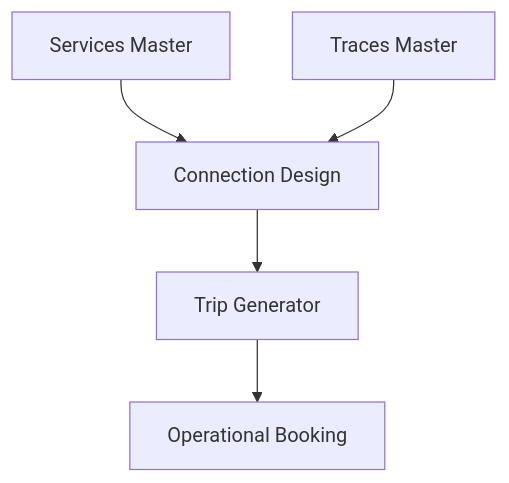
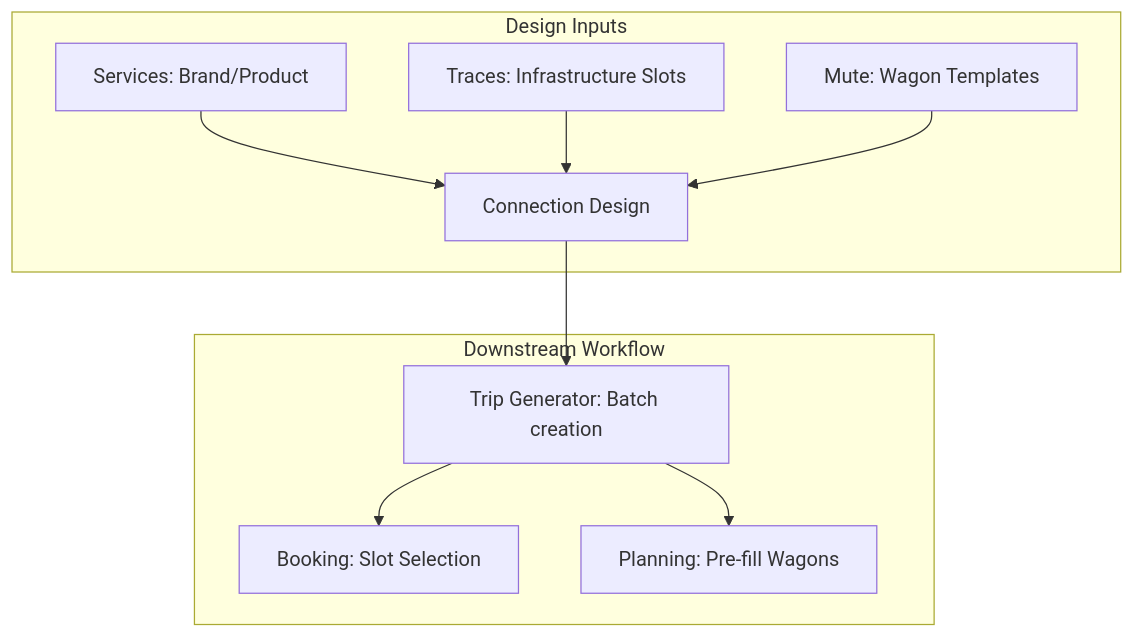
One commit to wavecentric/docs changed the diagram in magemo/modules/design/connections.mdx. Above: the diagram before and after it, drawn with Mermaid. The commit also changed other lines of this file and 12 other files, not shown here.

````diff
--- a/magemo/modules/design/connections.mdx
+++ b/magemo/modules/design/connections.mdx
@@ -46,7 +53,13 @@
 ```mermaid
 graph TD
-    S[Services Master] --> C[Connection Design]
-    T[Traces Master] --> C
-    C --> TG[Trip Generator]
-    TG --> B[Operational Booking]
+    subgraph "Design Inputs"
+        S[Services: Brand/Product] --> C[Connection Design]
+        T[Traces: Infrastructure Slots] --> C
+        M[Mute: Wagon Templates] --> C
+    end
+    subgraph "Downstream Workflow"
+        C --> TG[Trip Generator: Batch creation]
+        TG --> BKG[Booking: Slot Selection]
+        TG --> PLN[Planning: Pre-fill Wagons]
+    end
 ```
````
